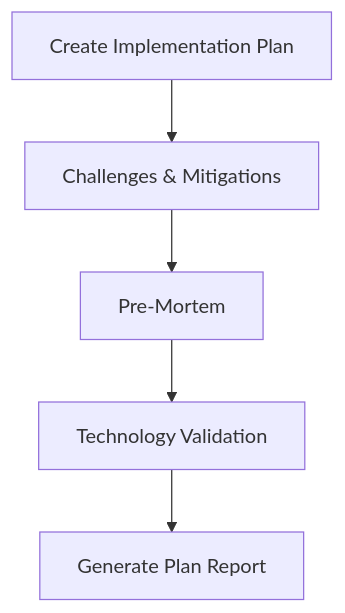
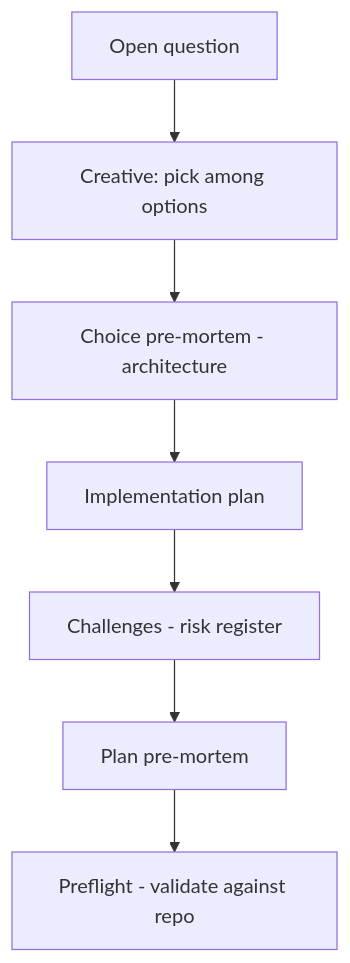
Before and after one commit to Texarkanine/.cursor-rules: the diagram in memory-bank/active/tasks.md, drawn with Mermaid. The commit also changed other lines of this file and 4 other files, not shown here.

Commit message:
chore: expand plan — creative choice pre-mortem complement

````diff
--- a/memory-bank/active/tasks.md
+++ b/memory-bank/active/tasks.md
@@ -15,7 +13,9 @@
 ```mermaid
 flowchart TD
-  Impl["Create Implementation Plan"] --> Ch["Challenges & Mitigations"]
-  Ch --> PM["Pre-Mortem"]
-  PM --> Tech["Technology Validation"]
-  Tech --> Report["Generate Plan Report"]
+  OQ["Open question"] --> Creative["Creative: pick among options"]
+  Creative --> ChoicePM["Choice pre-mortem - architecture"]
+  ChoicePM --> Plan["Implementation plan"]
+  Plan --> Ch["Challenges - risk register"]
+  Ch --> PlanPM["Plan pre-mortem"]
+  PlanPM --> Preflight["Preflight - validate against repo"]
 ```
````
